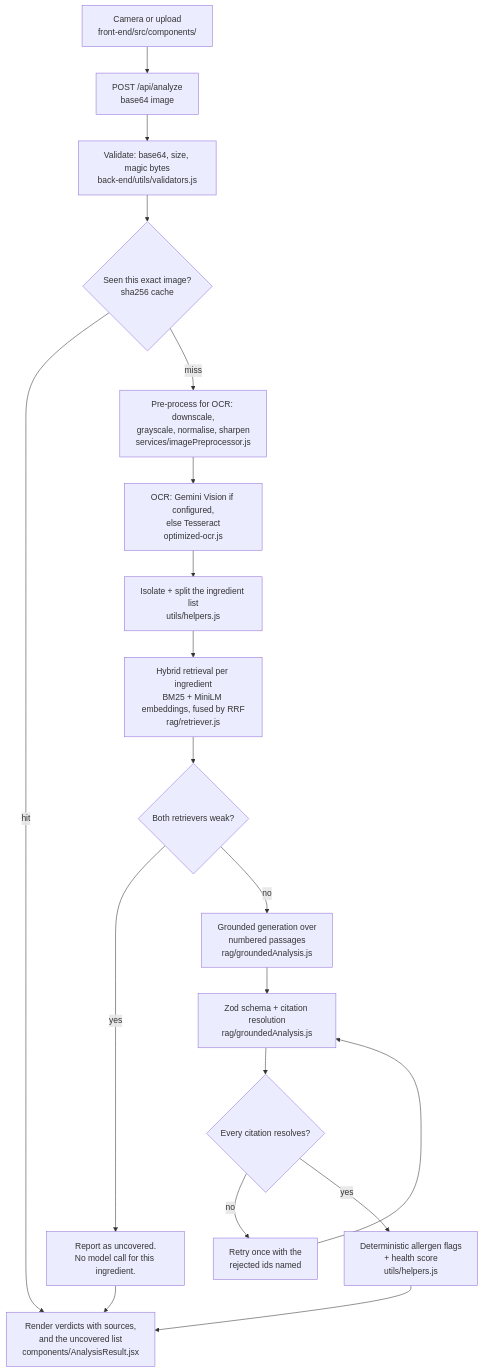
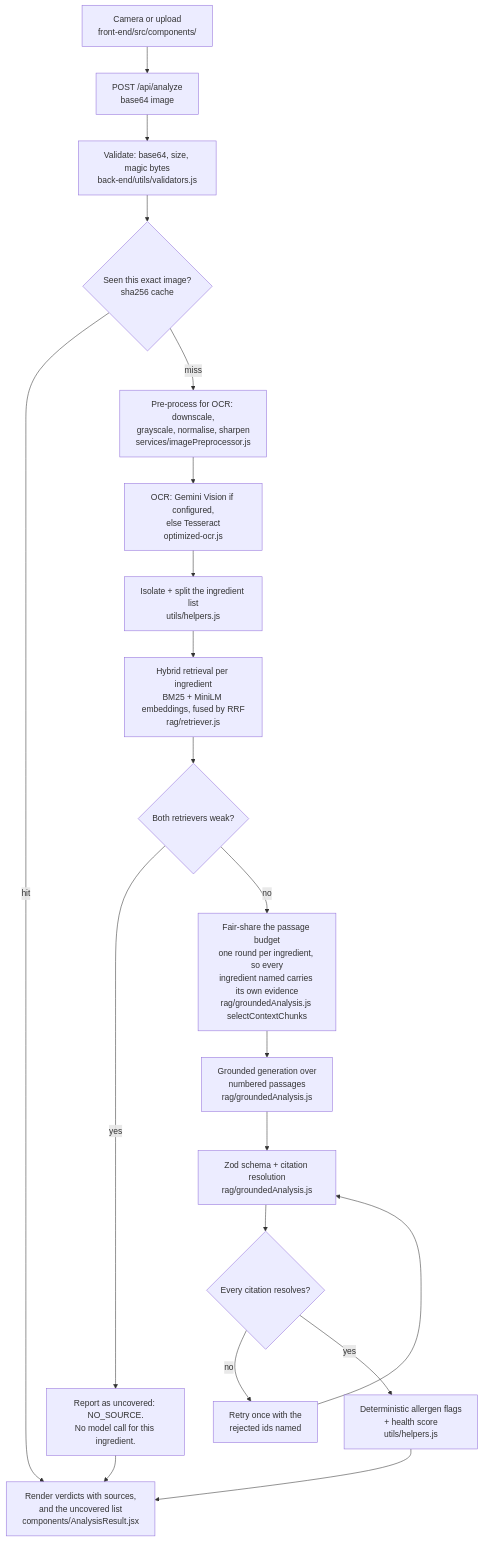
Before and after one commit to vipinsao/Smart-Ingredient-Analyzer: the diagram in README.md, drawn with Mermaid. The commit also changed other lines of this file and 2 other files, not shown here.

First line of the commit message:
docs: the three defects in ARCHITECTURE §10 are fixed, not open

````diff
--- a/README.md
+++ b/README.md
@@ -50,27 +50,28 @@
 ```mermaid
 flowchart TD
     A["Camera or upload<br/>front-end/src/components/"]
     B["POST /api/analyze<br/>base64 image"]
     C["Validate: base64, size, magic bytes<br/>back-end/utils/validators.js"]
     D{"Seen this exact image?<br/>sha256 cache"}
     E["Pre-process for OCR: downscale,<br/>grayscale, normalise, sharpen<br/>services/imagePreprocessor.js"]
     F["OCR: Gemini Vision if configured,<br/>else Tesseract<br/>optimized-ocr.js"]
     G["Isolate + split the ingredient list<br/>utils/helpers.js"]
     H["Hybrid retrieval per ingredient<br/>BM25 + MiniLM embeddings, fused by RRF<br/>rag/retriever.js"]
     I{"Both retrievers weak?"}
-    J["Report as uncovered.<br/>No model call for this ingredient."]
+    J["Report as uncovered: NO_SOURCE.<br/>No model call for this ingredient."]
+    K1["Fair-share the passage budget<br/>one round per ingredient, so every<br/>ingredient named carries its own evidence<br/>rag/groundedAnalysis.js selectContextChunks"]
     K["Grounded generation over<br/>numbered passages<br/>rag/groundedAnalysis.js"]
     L["Zod schema + citation resolution<br/>rag/groundedAnalysis.js"]
     M{"Every citation resolves?"}
     N["Retry once with the<br/>rejected ids named"]
     O["Deterministic allergen flags<br/>+ health score<br/>utils/helpers.js"]
     P["Render verdicts with sources,<br/>and the uncovered list<br/>components/AnalysisResult.jsx"]
 
     A --> B --> C --> D
     D -- hit --> P
     D -- miss --> E --> F --> G --> H --> I
     I -- yes --> J --> P
-    I -- no --> K --> L --> M
+    I -- no --> K1 --> K --> L --> M
     M -- no --> N --> L
     M -- yes --> O --> P
 ```
````
